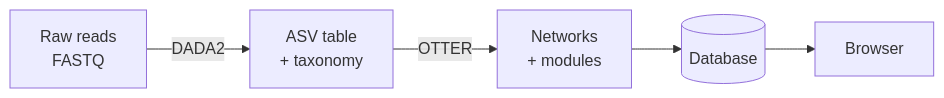
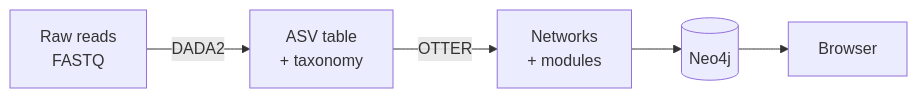
One commit to benblumbach-eng/manta changed the diagram in README.md. Above: the diagram before and after it, drawn with Mermaid. The commit also changed other lines of this file, not shown here.

````diff
--- a/README.md
+++ b/README.md
@@ -97,7 +44,7 @@
 ```mermaid
 flowchart LR
     A[Raw reads<br/>FASTQ] -->|DADA2| B[ASV table<br/>+ taxonomy]
     B -->|OTTER| C[Networks<br/>+ modules]
-    C --> D[(Database)]
+    C --> D[(Neo4j)]
     D --> E[Browser]
 ```
````
